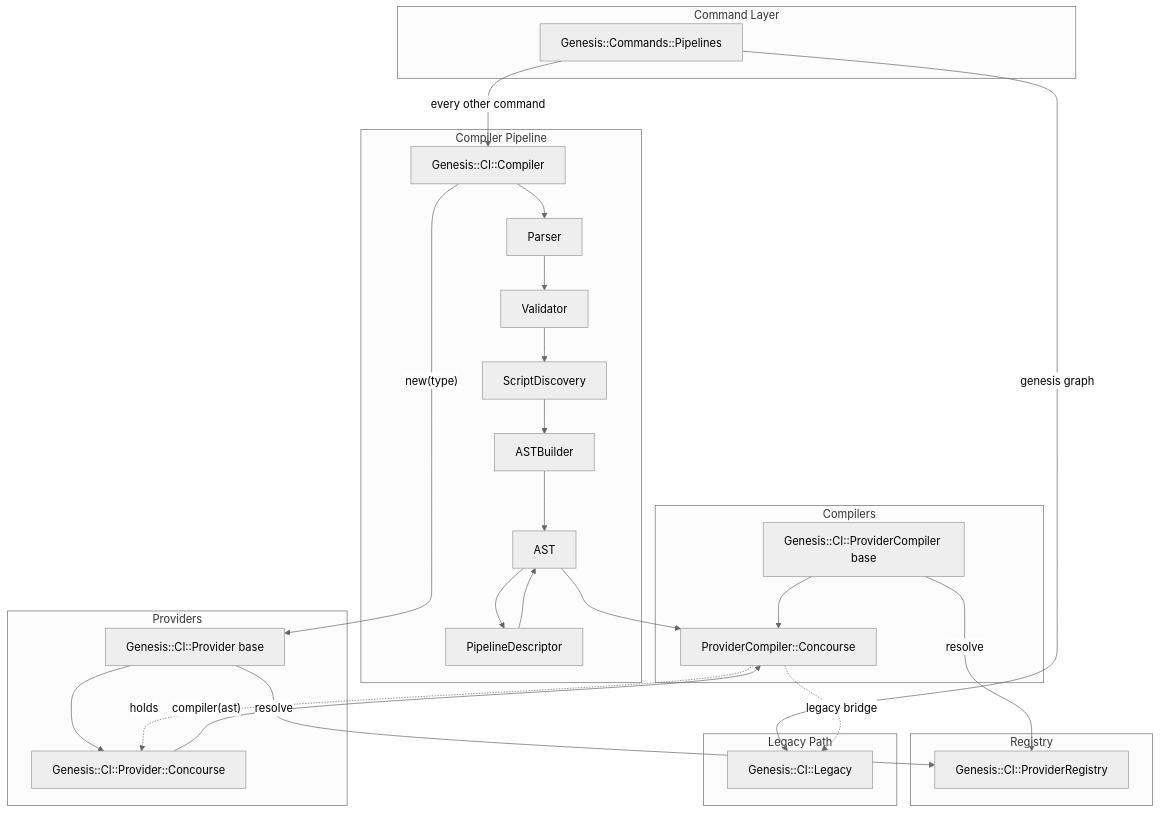
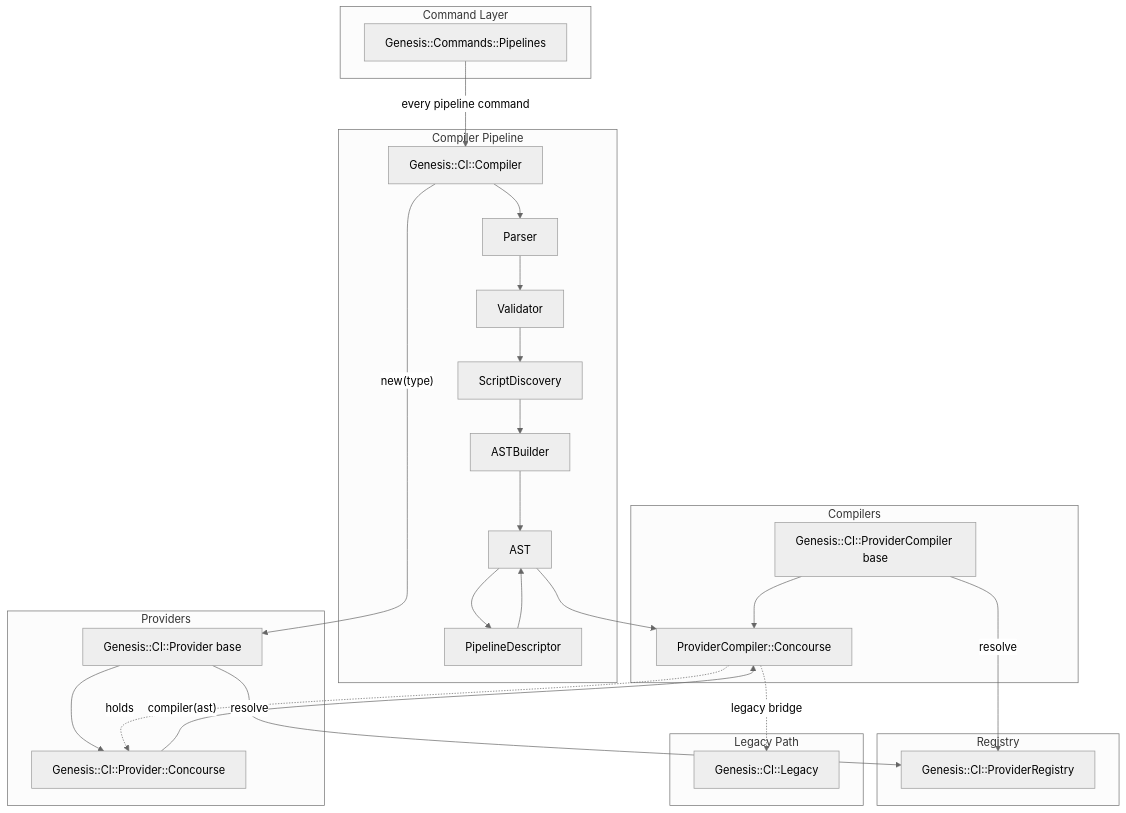
Before and after one commit to RubidiumStudios/genesis: the first of 2 diagrams in docs/ci/dev/architecture.md, drawn with Mermaid (neutral theme). The commit also changed other lines of this file and 8 other files, not shown here.

First line of the commit message:
Retire repipe, graph and describe (D151)

````diff
--- a/docs/ci/dev/architecture.md
+++ b/docs/ci/dev/architecture.md
@@ -15,53 +15,52 @@
 ```mermaid
 graph TB
     subgraph "Command Layer"
         CMD[Genesis::Commands::Pipelines]
     end
 
     subgraph "Registry"
         REG[Genesis::CI::ProviderRegistry]
     end
 
     subgraph "Legacy Path"
         LEG[Genesis::CI::Legacy]
     end
 
     subgraph "Compiler Pipeline"
         COMP[Genesis::CI::Compiler]
         PARSE[Parser]
         VAL[Validator]
         SD[ScriptDiscovery]
         AST_B[ASTBuilder]
         AST[AST]
         PD[PipelineDescriptor]
     end
 
     subgraph "Providers"
         PROV[Genesis::CI::Provider base]
         PCON[Genesis::CI::Provider::Concourse]
     end
 
     subgraph "Compilers"
         PC[Genesis::CI::ProviderCompiler base]
         CC[ProviderCompiler::Concourse]
     end
 
-    CMD -->|genesis graph| LEG
-    CMD -->|every other command| COMP
+    CMD -->|every pipeline command| COMP
     COMP --> PARSE
     PARSE --> VAL
     VAL --> SD
     SD --> AST_B
     AST_B --> AST
     AST --> PD
     PD --> AST
     COMP -->|"new(type)"| PROV
     PROV --> PCON
     PCON -->|"compiler(ast)"| CC
     PC --> CC
     AST --> CC
     CC -.->|holds| PCON
     CC -.->|legacy bridge| LEG
     PROV -->|resolve| REG
     PC -->|resolve| REG
 ```
````
